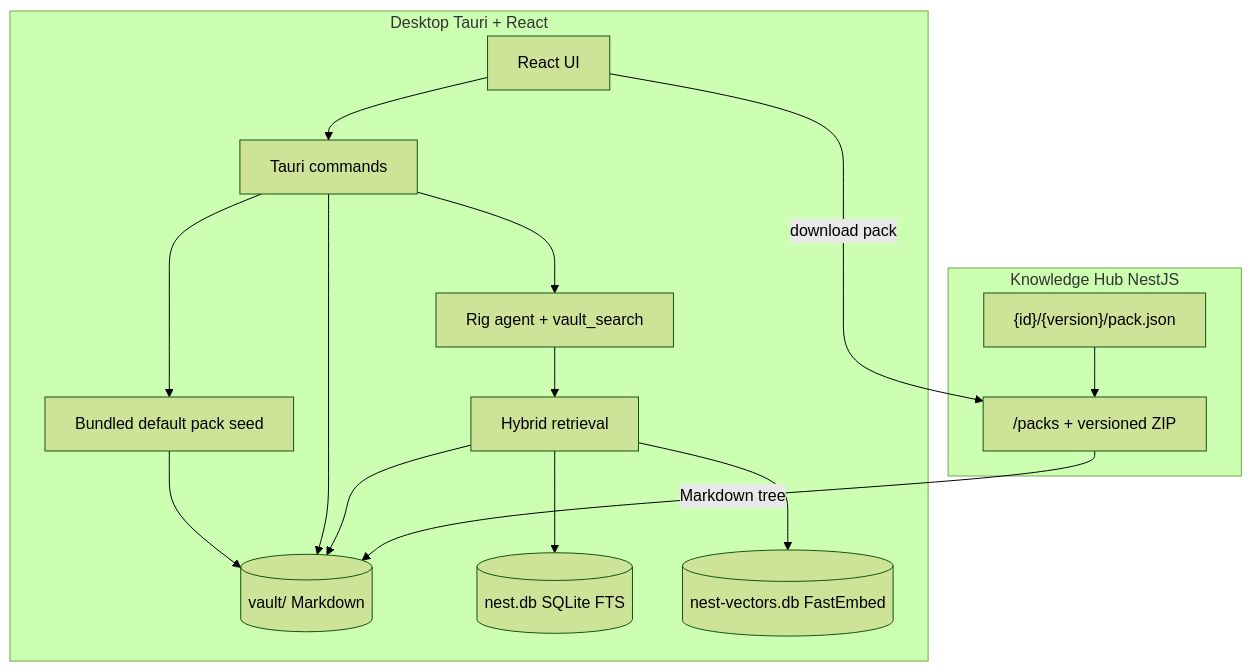
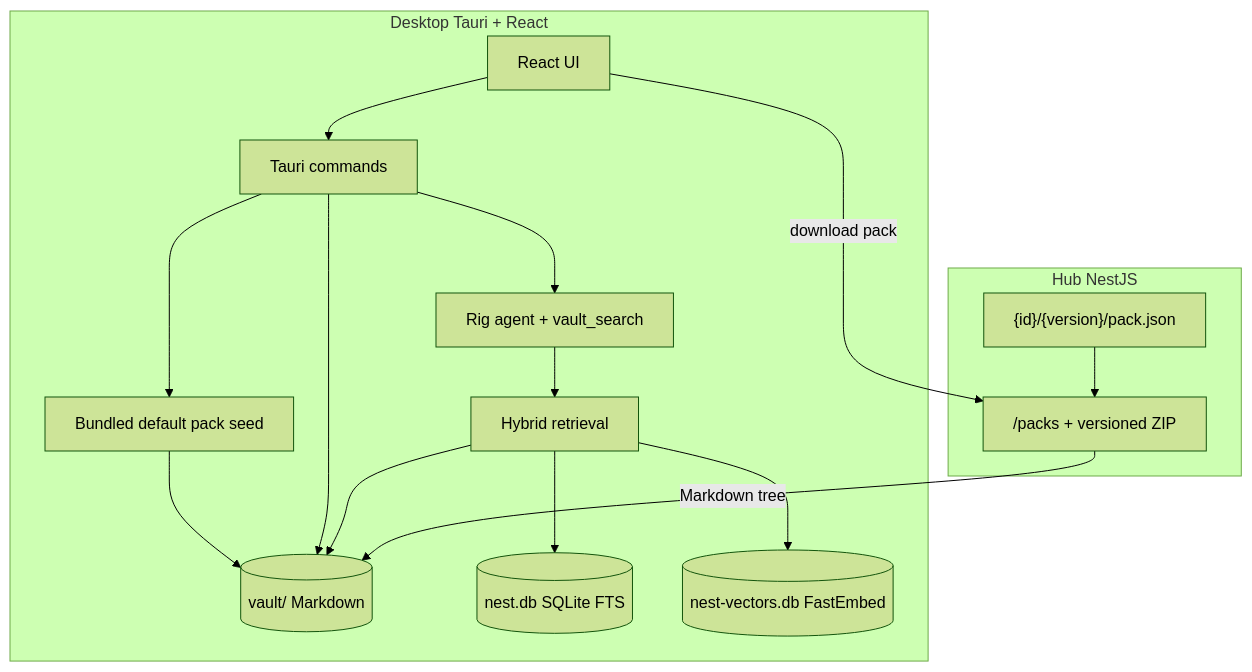
The diagram in docs/architecture.md (cyborgoat/nest), drawn with Mermaid (forest theme) before and after one commit. The commit also changed other lines of this file and 36 other files, not shown here.

````diff
--- a/docs/architecture.md
+++ b/docs/architecture.md
@@ -5,31 +5,31 @@
 ```mermaid
 flowchart TB
   subgraph desktop [Desktop Tauri + React]
     UI[React UI]
     CMD[Tauri commands]
     Seed[Bundled default pack seed]
     Agent[Rig agent + vault_search]
     Retr[Hybrid retrieval]
     Vault[(vault/ Markdown)]
     SQL[(nest.db SQLite FTS)]
     Vec[(nest-vectors.db FastEmbed)]
     UI --> CMD
     CMD --> Seed
     Seed --> Vault
     CMD --> Agent
     CMD --> Vault
     Agent --> Retr
     Retr --> SQL
     Retr --> Vec
     Retr --> Vault
   end
 
-  subgraph hub [Knowledge Hub NestJS]
+  subgraph hub [Hub NestJS]
     Catalog["{id}/{version}/pack.json"]
     API["/packs + versioned ZIP"]
     Catalog --> API
   end
 
   UI -->|"download pack"| API
   API -->|"Markdown tree"| Vault
 ```
````
